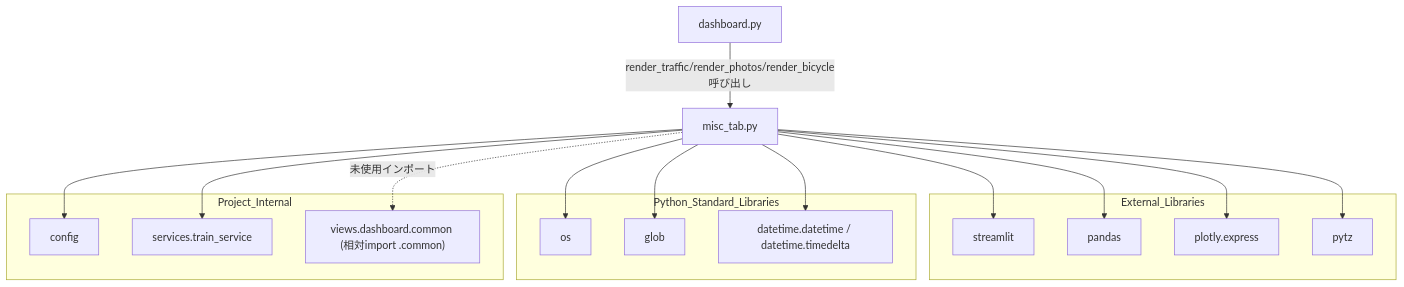
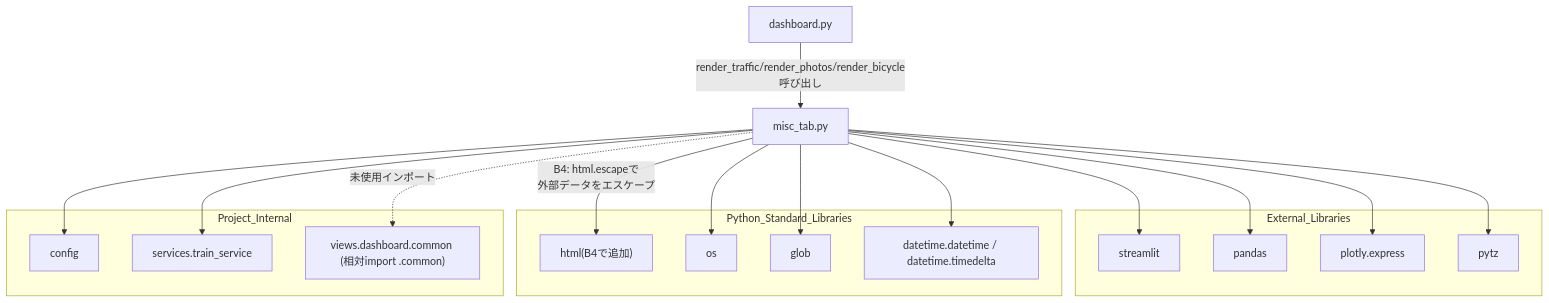
Before and after one commit to mmtigers/my_python_project: the second of 2 diagrams in docs/specifications/MY_HOME_SYSTEM/misc_tab.md, drawn with Mermaid. The commit also changed other lines of this file and 3 other files, not shown here.

````diff
--- a/docs/specifications/MY_HOME_SYSTEM/misc_tab.md
+++ b/docs/specifications/MY_HOME_SYSTEM/misc_tab.md
@@ -207,36 +208,38 @@
 ```mermaid
 graph TD
     MiscTabPy["misc_tab.py"]
 
     subgraph External_Libraries
         Streamlit["streamlit"]
         Pandas["pandas"]
         PlotlyExpress["plotly.express"]
         Pytz["pytz"]
     end
 
     subgraph Python_Standard_Libraries
+        Html["html(B4で追加)"]
         OS["os"]
         Glob["glob"]
         DatetimeTimedelta["datetime.datetime / datetime.timedelta"]
     end
 
     subgraph Project_Internal
         Config["config"]
         TrainService["services.train_service"]
         DashboardCommon["views.dashboard.common (相対import .common)"]
     end
 
     MiscTabPy --> Streamlit
     MiscTabPy --> Pandas
     MiscTabPy --> PlotlyExpress
     MiscTabPy --> Pytz
+    MiscTabPy -->|B4: html.escapeで<br>外部データをエスケープ| Html
     MiscTabPy --> OS
     MiscTabPy --> Glob
     MiscTabPy --> DatetimeTimedelta
     MiscTabPy --> Config
     MiscTabPy --> TrainService
     MiscTabPy -.->|未使用インポート| DashboardCommon
 
     Dashboard["dashboard.py"] -->|render_traffic/render_photos/render_bicycle呼び出し| MiscTabPy
 ```
````
